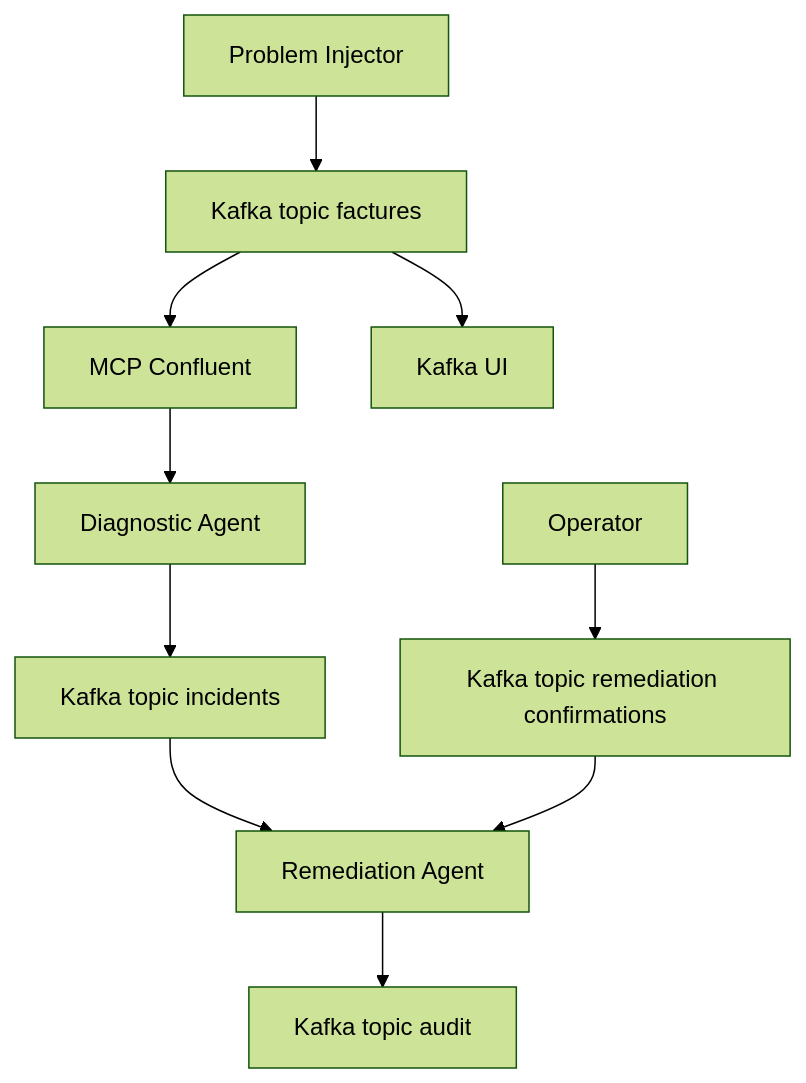
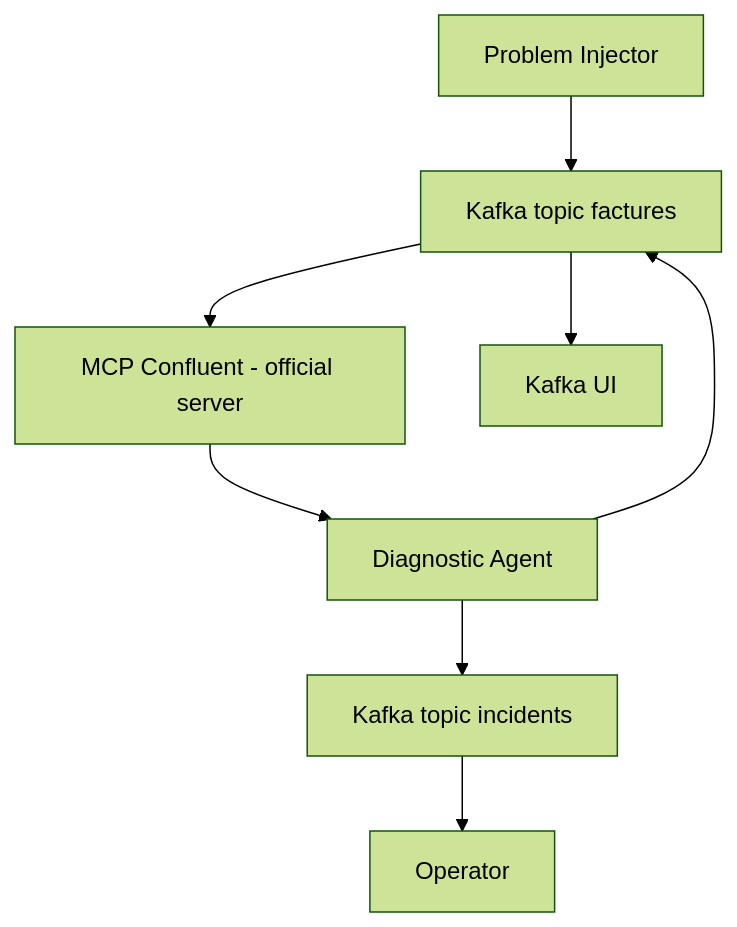
Before and after one commit to arabaaoui/kafka-ops-agents: the third of 3 diagrams in README.md, drawn with Mermaid (forest theme). The commit also changed other lines of this file, not shown here.

Commit message:
refactor: poison message scenario + MCP officiel (3 commits squashed)

````diff
--- a/README.md
+++ b/README.md
@@ -86,23 +80,18 @@
 ```mermaid
 flowchart TD
     PI[Problem Injector]
     K[Kafka topic factures]
-    MCP[MCP Confluent]
+    MCP[MCP Confluent - official server]
     DIAG[Diagnostic Agent]
     INC[Kafka topic incidents]
-    REM[Remediation Agent]
     OP[Operator]
-    CONF[Kafka topic remediation confirmations]
-    AUD[Kafka topic audit]
     UI[Kafka UI]
 
     PI --> K
     K --> MCP
     MCP --> DIAG
     DIAG --> INC
-    INC --> REM
-    REM --> AUD
-    OP --> CONF
-    CONF --> REM
+    INC --> OP
+    DIAG --> K
     K --> UI
 ```
````
